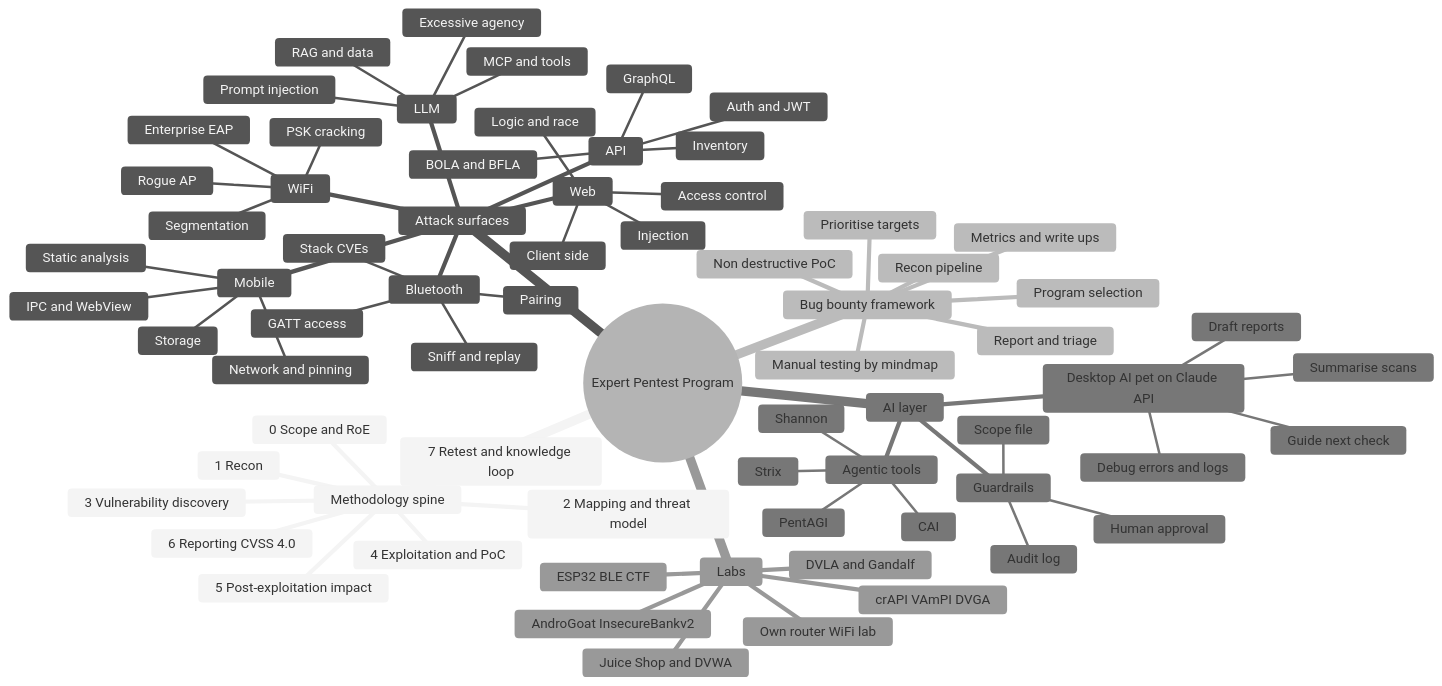
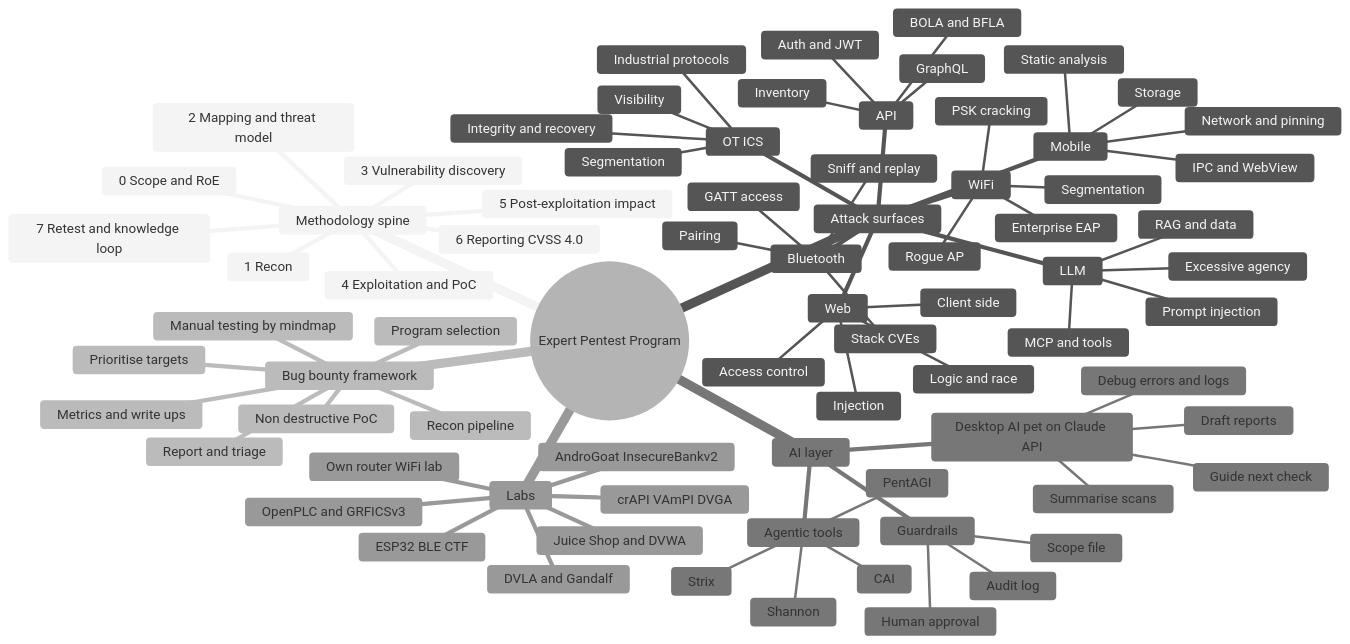
One commit to deepakguntoju/deepakguntoju.github.io changed the diagram in pentest-program/mindmaps/00-master.md. Above: the diagram before and after it, drawn with Mermaid (neutral theme). The commit also changed other lines of this file and 5 other files, not shown here.

````diff
--- a/pentest-program/mindmaps/00-master.md
+++ b/pentest-program/mindmaps/00-master.md
@@ -16,74 +17,80 @@
 ```mermaid
 mindmap
   root((Expert Pentest Program))
     Methodology spine
       0 Scope and RoE
       1 Recon
       2 Mapping and threat model
       3 Vulnerability discovery
       4 Exploitation and PoC
       5 Post-exploitation impact
       6 Reporting CVSS 4.0
       7 Retest and knowledge loop
     Attack surfaces
       Web
         Injection
         Access control
         Client side
         Logic and race
       API
         BOLA and BFLA
         Auth and JWT
         GraphQL
         Inventory
       WiFi
         PSK cracking
         Enterprise EAP
         Rogue AP
         Segmentation
       Bluetooth
         GATT access
         Pairing
         Sniff and replay
         Stack CVEs
       LLM
         Prompt injection
         Excessive agency
         MCP and tools
         RAG and data
       Mobile
         Static analysis
         Storage
         IPC and WebView
         Network and pinning
+      OT ICS
+        Visibility
+        Segmentation
+        Industrial protocols
+        Integrity and recovery
     Bug bounty framework
       Program selection
       Recon pipeline
       Prioritise targets
       Manual testing by mindmap
       Non destructive PoC
       Report and triage
       Metrics and write ups
     AI layer
       Desktop AI pet on Claude API
         Guide next check
         Debug errors and logs
         Summarise scans
         Draft reports
       Agentic tools
         Strix
         Shannon
         PentAGI
         CAI
       Guardrails
         Scope file
         Human approval
         Audit log
     Labs
       Juice Shop and DVWA
       crAPI VAmPI DVGA
       Own router WiFi lab
       ESP32 BLE CTF
       DVLA and Gandalf
       AndroGoat InsecureBankv2
+      OpenPLC and GRFICSv3
 ```
````
